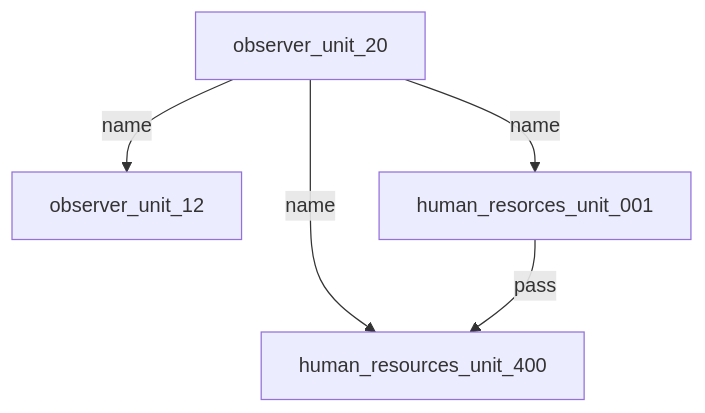
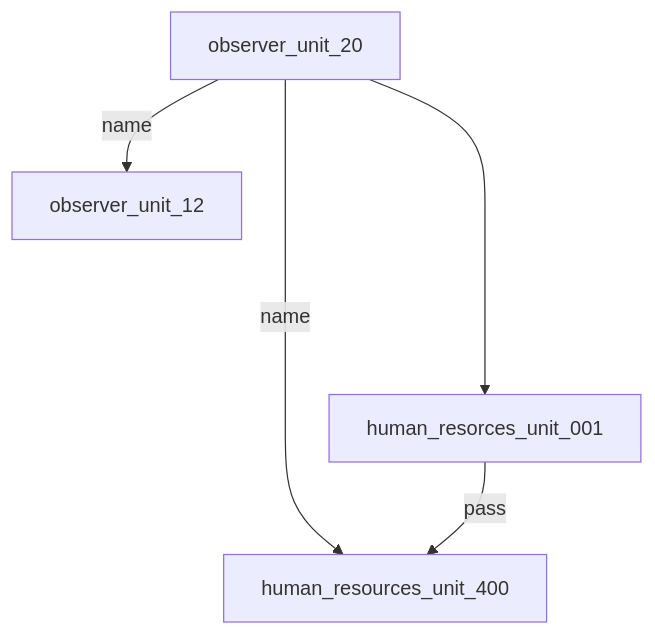
The diagram in README.md (3ncy/ARRS-s5), drawn with Mermaid before and after one commit.

````diff
--- a/README.md
+++ b/README.md
@@ -10,7 +10,7 @@
 ```mermaid
 graph TD;
     observer_unit_20 --name--> observer_unit_12;
     observer_unit_20 --name--> human_resources_unit_400;
-    observer_unit_20 --name--> human_resorces_unit_001;
+    observer_unit_20 ----> human_resorces_unit_001;
     human_resorces_unit_001 --pass--> human_resources_unit_400
 ```
````
